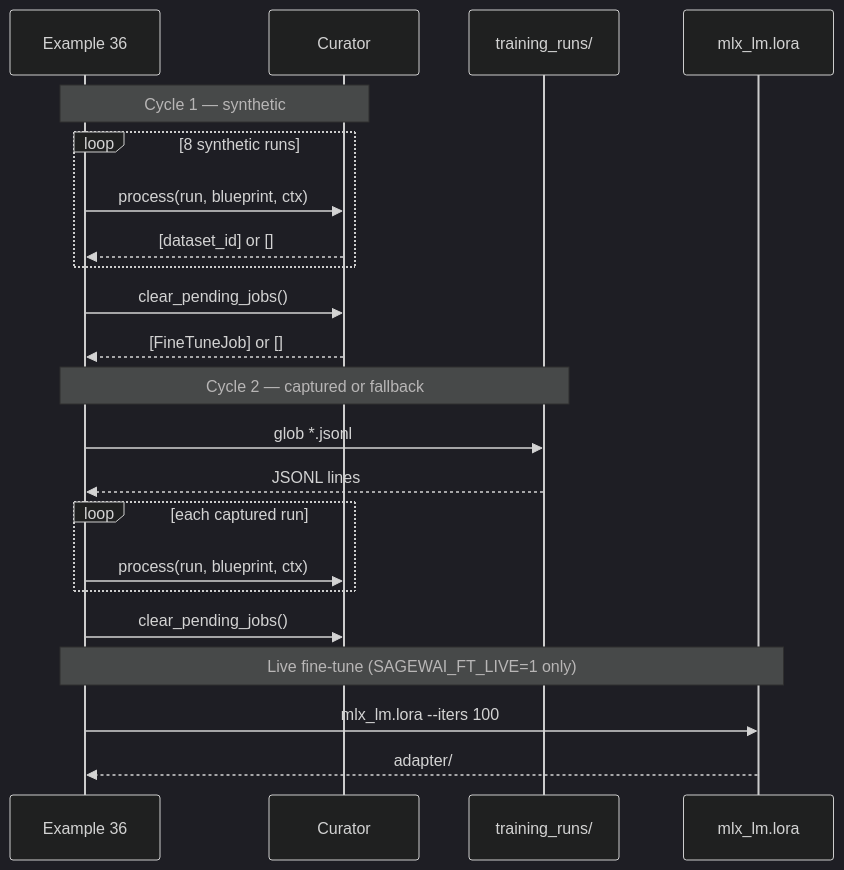
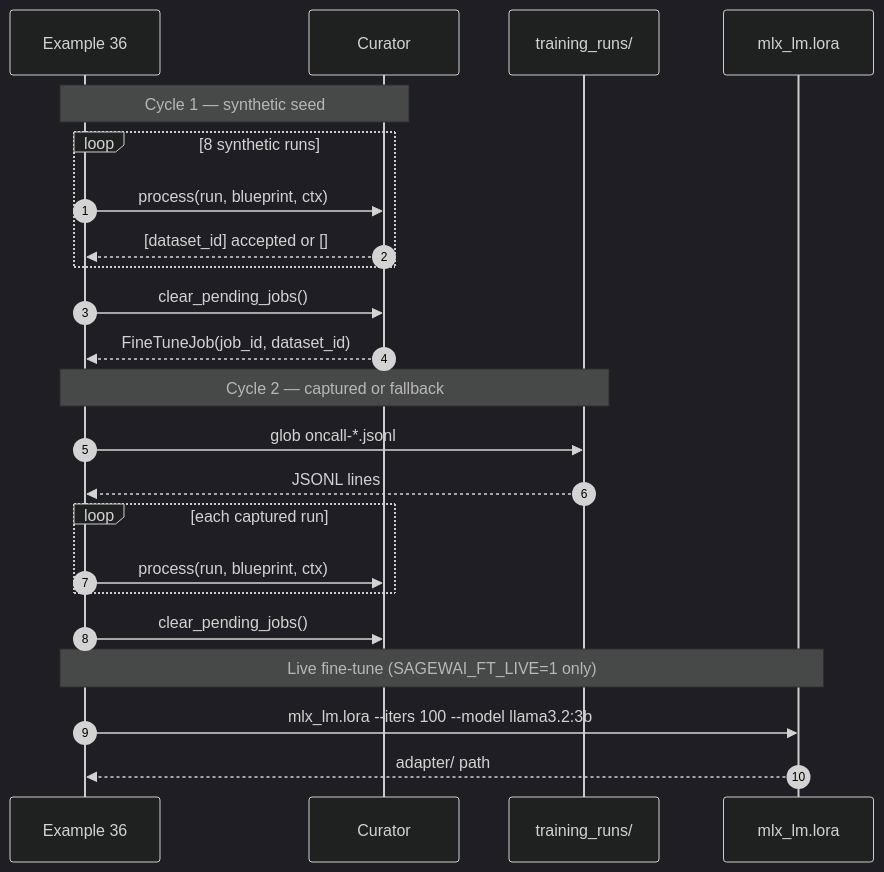
Before and after one commit to sagewai/platform: the second of 2 diagrams in packages/sdk/sagewai/examples/36_autopilot_training_loop.md, drawn with Mermaid (dark theme). The commit also changed other lines of this file and 8 other files, not shown here.

````diff
--- a/packages/sdk/sagewai/examples/36_autopilot_training_loop.md
+++ b/packages/sdk/sagewai/examples/36_autopilot_training_loop.md
@@ -46,27 +60,28 @@
 ```mermaid
 sequenceDiagram
+    autonumber
     participant Ex as Example 36
-    participant Curator as Curator
+    participant Cur as Curator
     participant Disk as training_runs/
     participant MLX as mlx_lm.lora
 
-    Note over Ex,Curator: Cycle 1 — synthetic
+    note over Ex,Cur: Cycle 1 — synthetic seed
     loop 8 synthetic runs
-        Ex->>Curator: process(run, blueprint, ctx)
-        Curator-->>Ex: [dataset_id] or []
+        Ex->>Cur: process(run, blueprint, ctx)
+        Cur-->>Ex: [dataset_id] accepted or []
     end
-    Ex->>Curator: clear_pending_jobs()
-    Curator-->>Ex: [FineTuneJob] or []
+    Ex->>Cur: clear_pending_jobs()
+    Cur-->>Ex: FineTuneJob(job_id, dataset_id)
 
-    Note over Ex,Disk: Cycle 2 — captured or fallback
-    Ex->>Disk: glob *.jsonl
+    note over Ex,Disk: Cycle 2 — captured or fallback
+    Ex->>Disk: glob oncall-*.jsonl
     Disk-->>Ex: JSONL lines
     loop each captured run
-        Ex->>Curator: process(run, blueprint, ctx)
+        Ex->>Cur: process(run, blueprint, ctx)
     end
-    Ex->>Curator: clear_pending_jobs()
+    Ex->>Cur: clear_pending_jobs()
 
-    Note over Ex,MLX: Live fine-tune (SAGEWAI_FT_LIVE=1 only)
-    Ex->>MLX: mlx_lm.lora --iters 100
-    MLX-->>Ex: adapter/
+    note over Ex,MLX: Live fine-tune (SAGEWAI_FT_LIVE=1 only)
+    Ex->>MLX: mlx_lm.lora --iters 100 --model llama3.2:3b
+    MLX-->>Ex: adapter/ path
 ```
````
